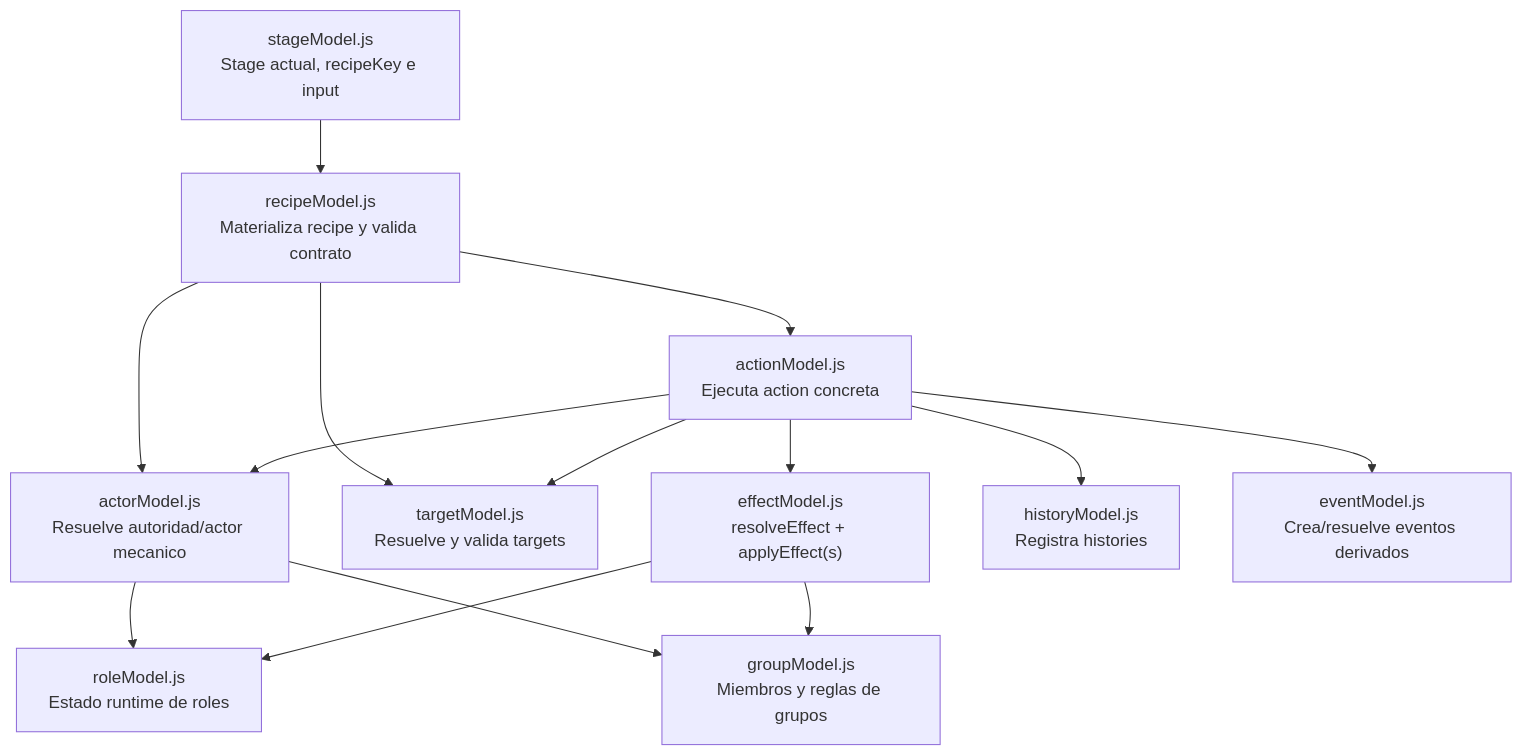
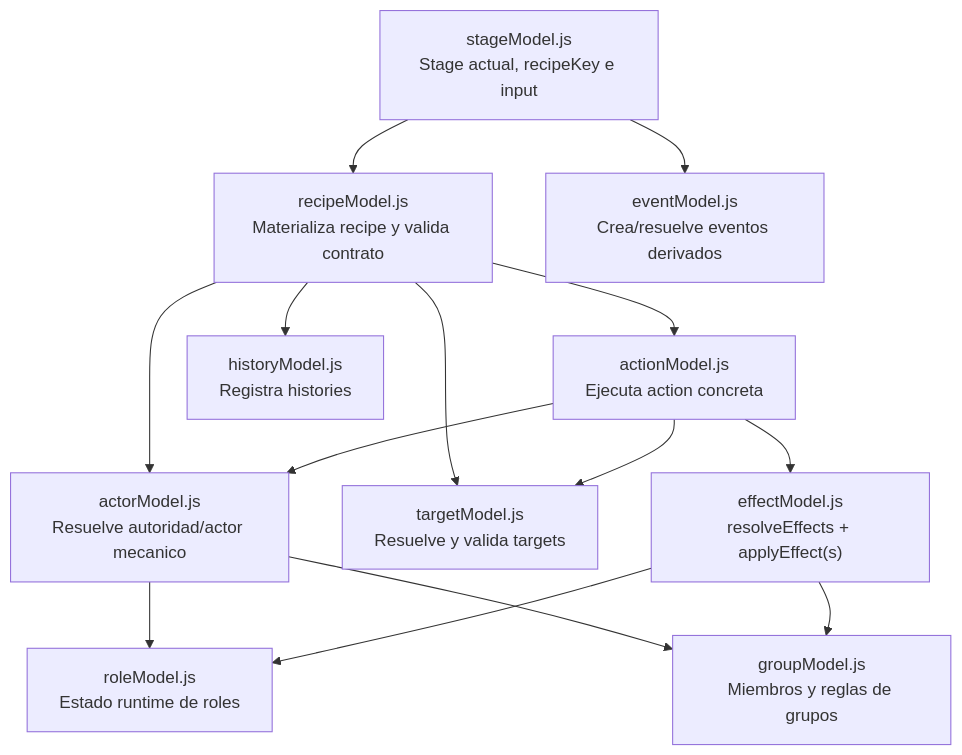
Before and after one commit to juanramonmorandeira/castronegro-director: the first of 2 diagrams in docs/actor_model.md, drawn with Mermaid. The commit also changed other lines of this file and 22 other files, not shown here.

Commit message:
Refine action and effect runtime

````diff
--- a/docs/actor_model.md
+++ b/docs/actor_model.md
@@ -17,27 +17,27 @@
 ```mermaid
 flowchart TD
   stageModel["stageModel.js<br/>Stage actual, recipeKey e input"]
   recipeModel["recipeModel.js<br/>Materializa recipe y valida contrato"]
   actorModel["actorModel.js<br/>Resuelve autoridad/actor mecanico"]
   targetModel["targetModel.js<br/>Resuelve y valida targets"]
   actionModel["actionModel.js<br/>Ejecuta action concreta"]
-  effectModel["effectModel.js<br/>resolveEffect + applyEffect(s)"]
+  effectModel["effectModel.js<br/>resolveEffects + applyEffect(s)"]
   historyModel["historyModel.js<br/>Registra histories"]
   eventModel["eventModel.js<br/>Crea/resuelve eventos derivados"]
   roleModel["roleModel.js<br/>Estado runtime de roles"]
   groupModel["groupModel.js<br/>Miembros y reglas de grupos"]
 
   stageModel --> recipeModel
   recipeModel --> actorModel
   recipeModel --> targetModel
   recipeModel --> actionModel
   actorModel --> roleModel
   actorModel --> groupModel
   actionModel --> actorModel
   actionModel --> targetModel
   actionModel --> effectModel
   effectModel --> groupModel
   effectModel --> roleModel
-  actionModel --> historyModel
-  actionModel --> eventModel
+  recipeModel --> historyModel
+  stageModel --> eventModel
 ```
````
